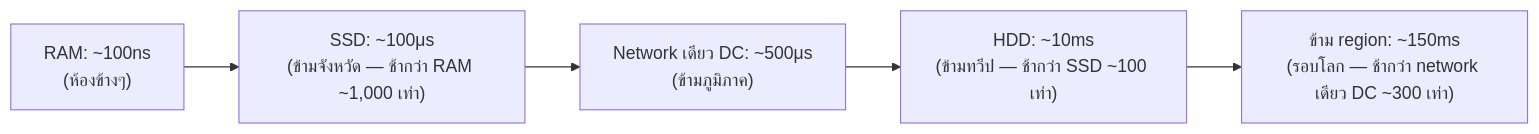
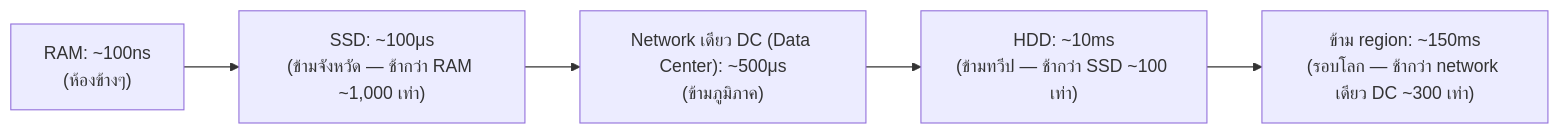
Before and after one commit to Thail3/study-system: the diagram in src/content/module-11/02-latency-numbers.md, drawn with Mermaid. The commit also changed other lines of this file and 18 other files, not shown here.

````diff
--- a/src/content/module-11/02-latency-numbers.md
+++ b/src/content/module-11/02-latency-numbers.md
@@ -15,7 +15,7 @@
 ```mermaid
 flowchart LR
     A["RAM: ~100ns\n(ห้องข้างๆ)"] --> B["SSD: ~100μs\n(ข้ามจังหวัด — ช้ากว่า RAM ~1,000 เท่า)"]
-    B --> C["Network เดียว DC: ~500μs\n(ข้ามภูมิภาค)"]
+    B --> C["Network เดียว DC (Data Center): ~500μs\n(ข้ามภูมิภาค)"]
     C --> D["HDD: ~10ms\n(ข้ามทวีป — ช้ากว่า SSD ~100 เท่า)"]
     D --> E["ข้าม region: ~150ms\n(รอบโลก — ช้ากว่า network เดียว DC ~300 เท่า)"]
 ```
````
